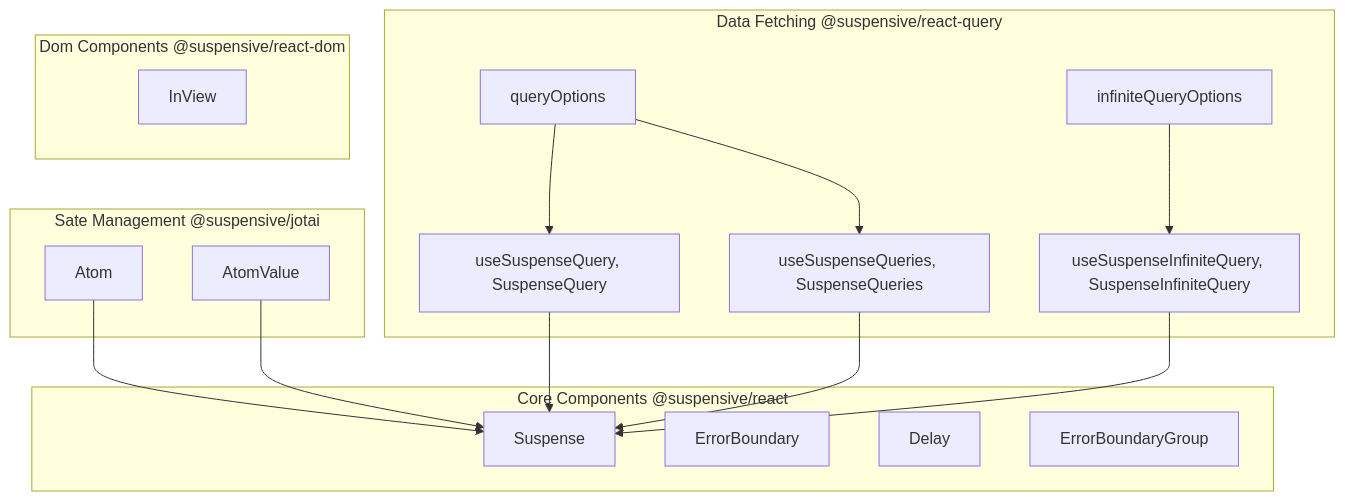
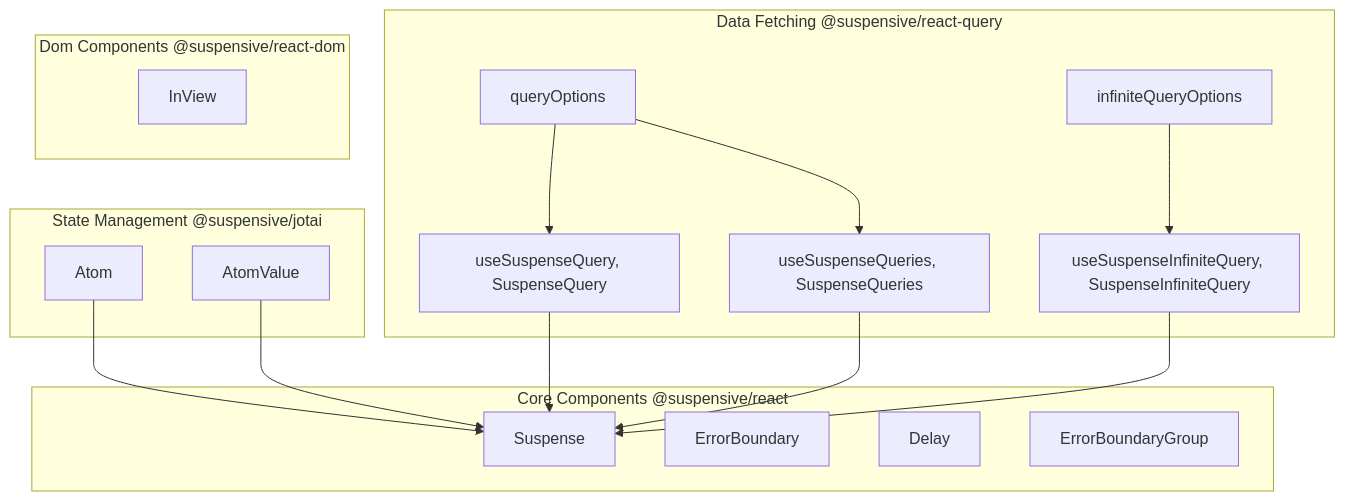
Before and after one commit to toss/suspensive: the second of 3 diagrams in docs/suspensive.org/src/content/ko/docs/introduction.mdx, drawn with Mermaid.

Commit message:
docs: fix typo `Sate Management` to `State Management` in architecture diagram

````diff
--- a/docs/suspensive.org/src/content/ko/docs/introduction.mdx
+++ b/docs/suspensive.org/src/content/ko/docs/introduction.mdx
@@ -94,33 +94,33 @@
 ```mermaid
 graph TD;
 subgraph AA [Data Fetching @suspensive/react-query]
 A[queryOptions];
 B[infiniteQueryOptions];
 C[useSuspenseQuery, SuspenseQuery];
 D[useSuspenseInfiniteQuery, SuspenseInfiniteQuery];
 E[useSuspenseQueries, SuspenseQueries];
 end
-subgraph BB [Sate Management @suspensive/jotai]
+subgraph BB [State Management @suspensive/jotai]
 F[Atom];
 G[AtomValue];
 end
 subgraph CC [Core Components @suspensive/react]
 H[Suspense];
 I[ErrorBoundary];
 J[Delay];
 K[ErrorBoundaryGroup];
 end
 subgraph DD [Dom Components @suspensive/react-dom]
 L[InView];
 end
 
 C --> H;
 D --> H;
 E --> H;
 F --> H;
 G --> H;
 
 A --> C;
 A --> E;
 B --> D;
 ```
````
